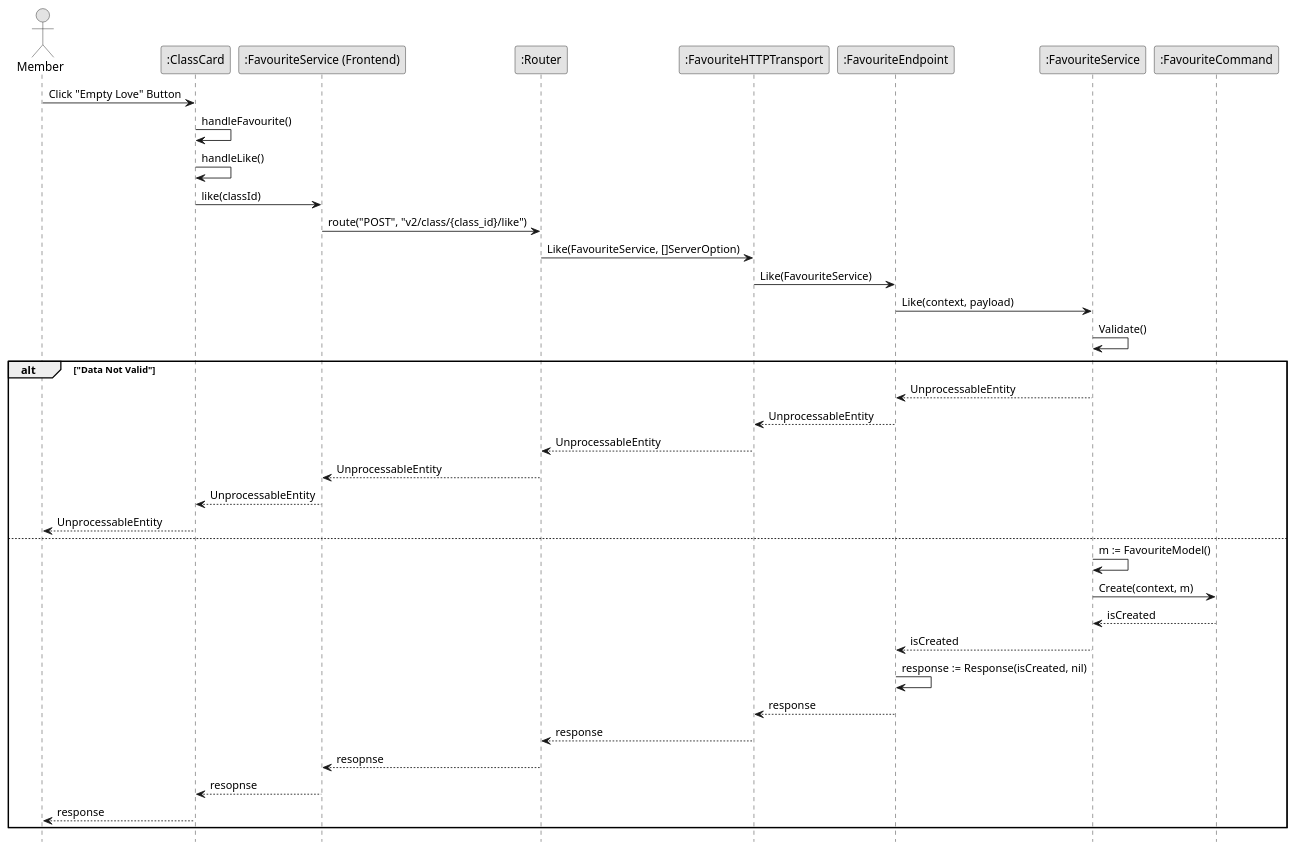
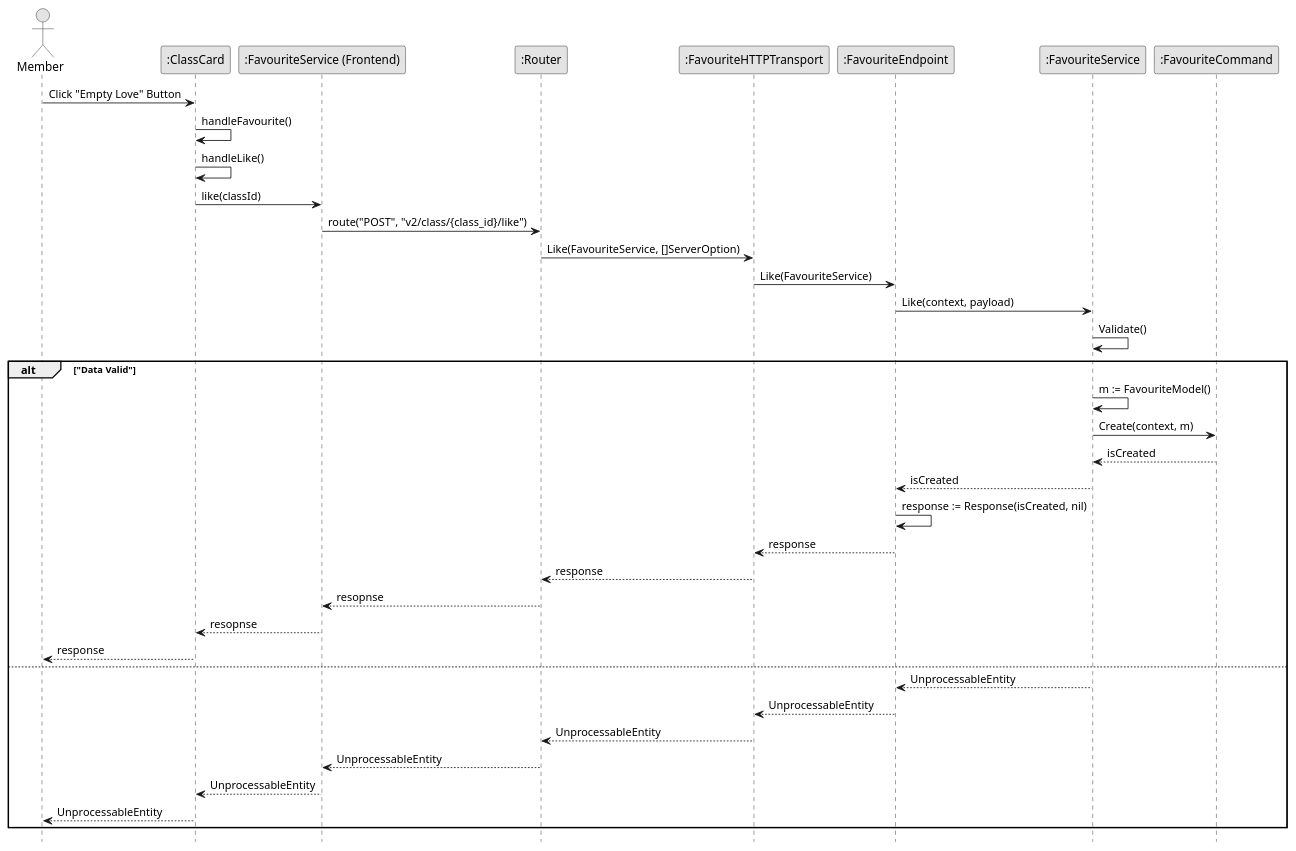
One commit to fwidjaya20/fazzlearning-uml changed the diagram in Final/Sequence/Favourite/Like.wsd. Above: the diagram before and after it, drawn with PlantUML. The commit also changed 47 other files, not shown here.

```diff
--- a/Final/Sequence/Favourite/Like.wsd
+++ b/Final/Sequence/Favourite/Like.wsd
@@ -1,46 +1,46 @@
 @startuml Like
 
 skinparam Monochrome true
 skinparam Shadowing false
 
 actor Member
 participant ":ClassCard" as ClassCard
 participant ":FavouriteService (Frontend)" as FEFavouriteService
 participant ":Router" as Router
 participant ":FavouriteHTTPTransport" as FavouriteHTTPTransport
 participant ":FavouriteEndpoint" as FavouriteEndpoint
 participant ":FavouriteService" as FavouriteService
 participant ":FavouriteCommand" as FavouriteCommand
 hide footbox
 
 Member->ClassCard: Click "Empty Love" Button
 ClassCard->ClassCard: handleFavourite()
 ClassCard->ClassCard: handleLike()
 ClassCard->FEFavouriteService: like(classId)
 FEFavouriteService->Router: route("POST", "v2/class/{class_id}/like")
 Router->FavouriteHTTPTransport: Like(FavouriteService, []ServerOption)
 FavouriteHTTPTransport->FavouriteEndpoint: Like(FavouriteService)
 FavouriteEndpoint->FavouriteService: Like(context, payload)
 FavouriteService->FavouriteService: Validate()
 
-alt "Data Not Valid"
-    FavouriteService-->FavouriteEndpoint: UnprocessableEntity
-    FavouriteEndpoint-->FavouriteHTTPTransport: UnprocessableEntity
-    FavouriteHTTPTransport-->Router: UnprocessableEntity
-    Router-->FEFavouriteService: UnprocessableEntity
-    FEFavouriteService-->ClassCard: UnprocessableEntity
-    ClassCard-->Member: UnprocessableEntity
-else
+alt "Data Valid"
     FavouriteService->FavouriteService: m := FavouriteModel()
     FavouriteService->FavouriteCommand: Create(context, m)
     FavouriteCommand-->FavouriteService: isCreated
     FavouriteService-->FavouriteEndpoint: isCreated
     FavouriteEndpoint->FavouriteEndpoint: response := Response(isCreated, nil)
     FavouriteEndpoint-->FavouriteHTTPTransport: response
     FavouriteHTTPTransport-->Router: response
     Router-->FEFavouriteService: resopnse
     FEFavouriteService-->ClassCard: resopnse
     ClassCard-->Member: response
+else
+    FavouriteService-->FavouriteEndpoint: UnprocessableEntity
+    FavouriteEndpoint-->FavouriteHTTPTransport: UnprocessableEntity
+    FavouriteHTTPTransport-->Router: UnprocessableEntity
+    Router-->FEFavouriteService: UnprocessableEntity
+    FEFavouriteService-->ClassCard: UnprocessableEntity
+    ClassCard-->Member: UnprocessableEntity
 end
 
 @enduml
```
